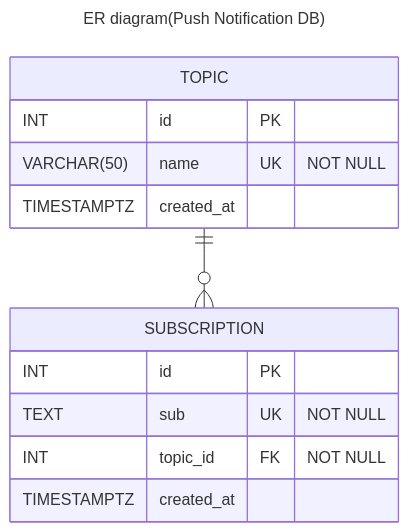
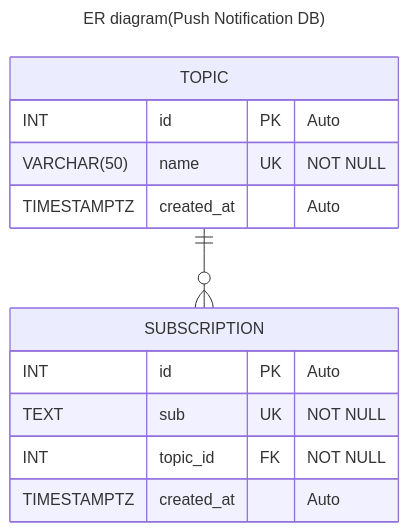
One commit to junekimdev/boilerplate-node-api changed the second of 2 diagrams in database_ER_diagrams.md. Above: the diagram before and after it, drawn with Mermaid. The commit also changed other lines of this file and 1 other file, not shown here.

````diff
--- a/database_ER_diagrams.md
+++ b/database_ER_diagrams.md
@@ -60,21 +60,21 @@
 ```mermaid
 ---
 title: ER diagram(Push Notification DB)
 ---
 erDiagram
 
 TOPIC {
-  INT id PK
+  INT id PK "Auto"
   VARCHAR(50) name UK "NOT NULL"
-  TIMESTAMPTZ created_at
+  TIMESTAMPTZ created_at "Auto"
 }
 
 SUBSCRIPTION {
-  INT id PK
+  INT id PK "Auto"
   TEXT sub UK "NOT NULL"
   INT topic_id FK "NOT NULL"
-  TIMESTAMPTZ created_at
+  TIMESTAMPTZ created_at "Auto"
 }
 
 TOPIC ||--o{ SUBSCRIPTION : ""
 ```
````
